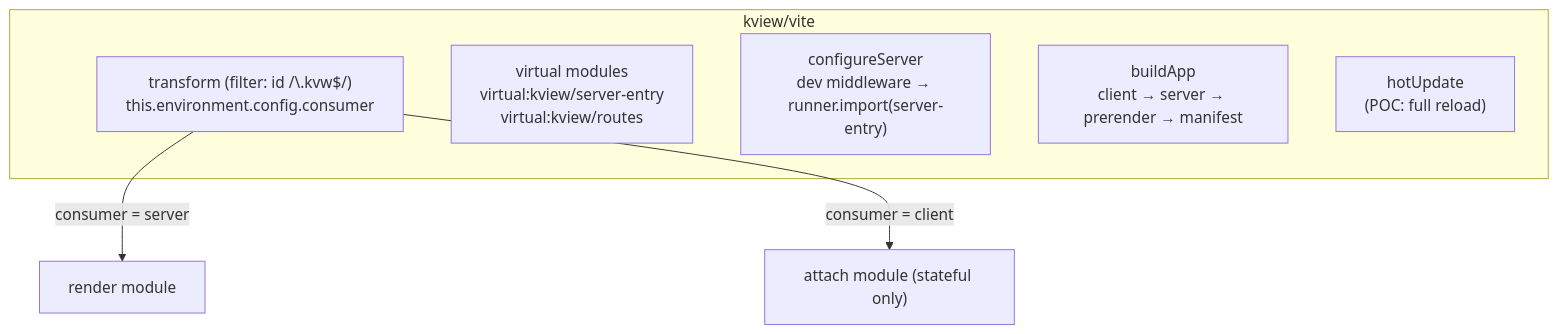
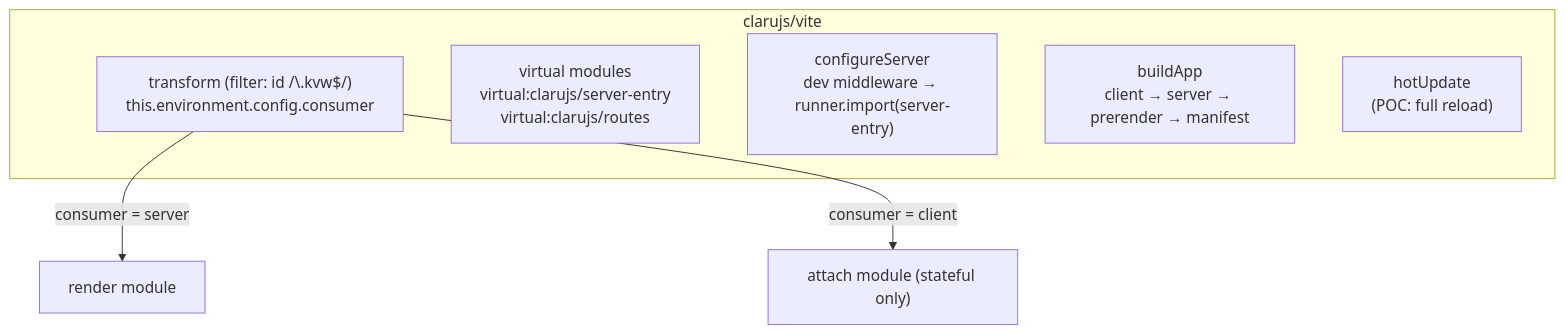
The sixth of 8 diagrams in docs/architecture.md (forinda/clarusjs), drawn with Mermaid before and after one commit. The commit also changed other lines of this file and 27 other files, not shown here.

````diff
--- a/docs/architecture.md
+++ b/docs/architecture.md
@@ -380,12 +380,12 @@
 ```mermaid
 flowchart TD
-  subgraph Plugin["kview/vite"]
+  subgraph Plugin["clarujs/vite"]
     T["transform (filter: id /\.kvw$/)<br/>this.environment.config.consumer"]
-    V["virtual modules<br/>virtual:kview/server-entry<br/>virtual:kview/routes"]
+    V["virtual modules<br/>virtual:clarujs/server-entry<br/>virtual:clarujs/routes"]
     D["configureServer<br/>dev middleware → runner.import(server-entry)"]
     B["buildApp<br/>client → server → prerender → manifest"]
     HMR["hotUpdate<br/>(POC: full reload)"]
   end
   T -->|consumer = server| SR["render module"]
   T -->|consumer = client| CL["attach module (stateful only)"]
 ```
````
